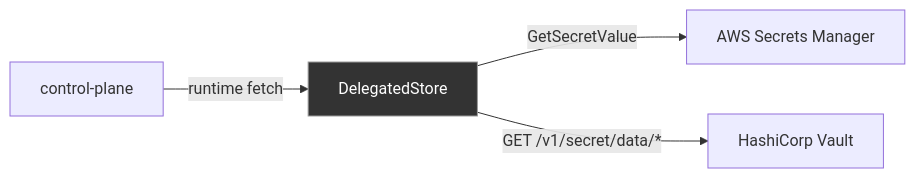
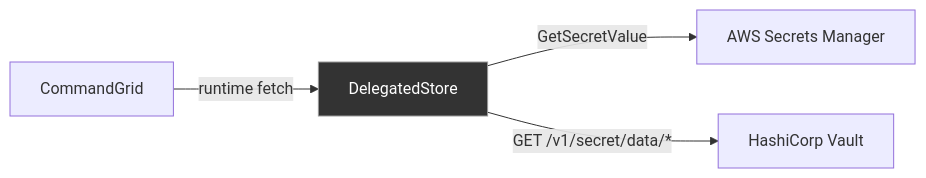
Before and after one commit to Travbz/control-plane: the second of 2 diagrams in docs/secret-store.md, drawn with Mermaid. The commit also changed other lines of this file and 6 other files, not shown here.

````diff
--- a/docs/secret-store.md
+++ b/docs/secret-store.md
@@ -70,8 +70,8 @@
 ```mermaid
 flowchart LR
-    CP[control-plane] -->|"runtime fetch"| DS[DelegatedStore]
+    CP[CommandGrid] -->|"runtime fetch"| DS[DelegatedStore]
     DS -->|"GetSecretValue"| AWS[AWS Secrets Manager]
     DS -->|"GET /v1/secret/data/*"| Vault[HashiCorp Vault]
 
     style DS fill:#333,stroke:#999,color:#fff
 ```
````
